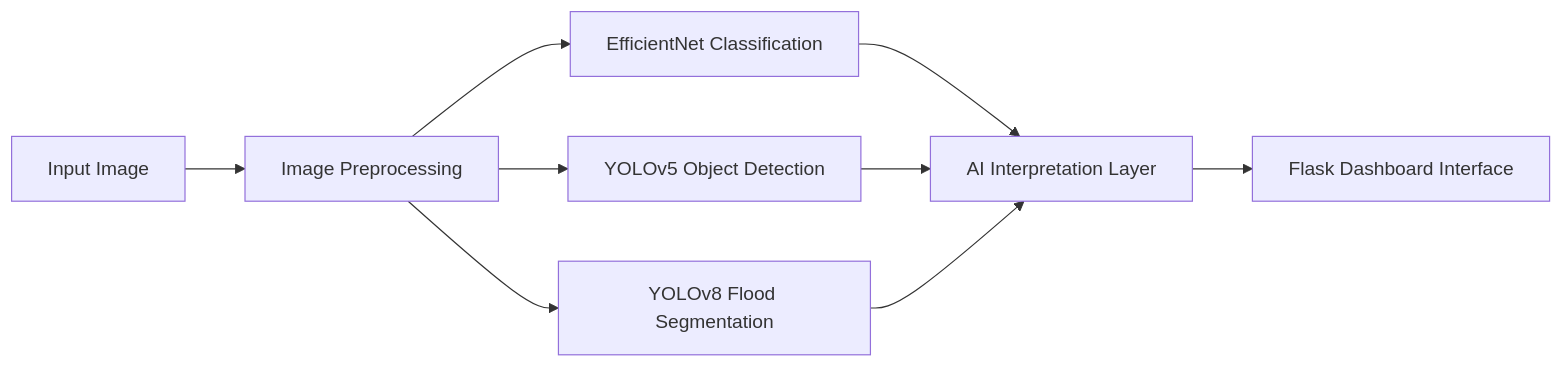
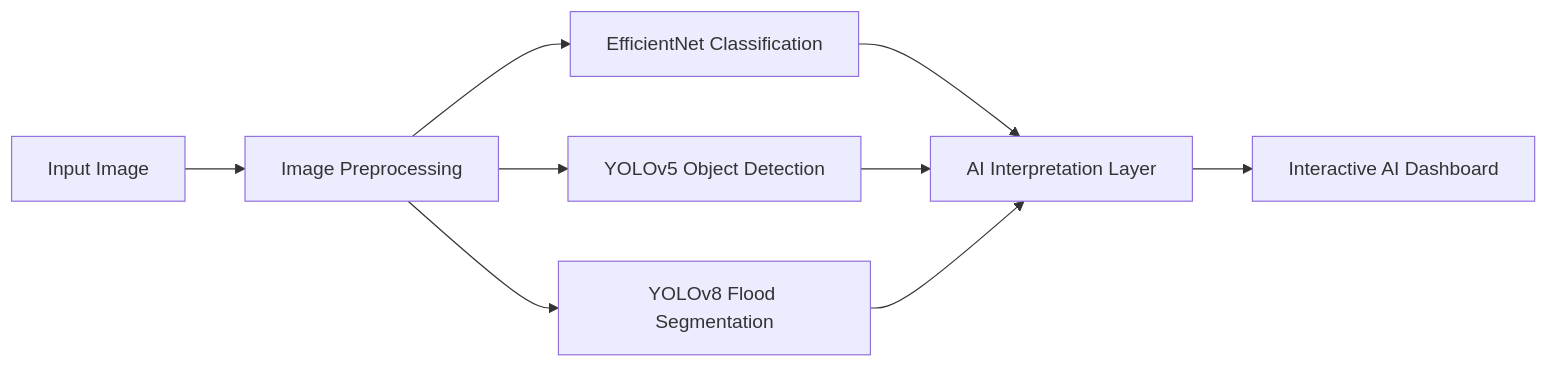
The diagram in README.md (WASAN-ALMUTAAN1/Emergency-Smart-Flood-Alerting-System), drawn with Mermaid before and after one commit. The commit also changed other lines of this file, not shown here.

````diff
--- a/README.md
+++ b/README.md
@@ -116,11 +111,11 @@
 ```mermaid
 flowchart LR
 A[Input Image] --> B[Image Preprocessing]
 B --> C[EfficientNet Classification]
 B --> D[YOLOv5 Object Detection]
 B --> E[YOLOv8 Flood Segmentation]
 C --> F[AI Interpretation Layer]
 D --> F
 E --> F
-F --> G[Flask Dashboard Interface]
+F --> G[Interactive AI Dashboard]
 ```
````
